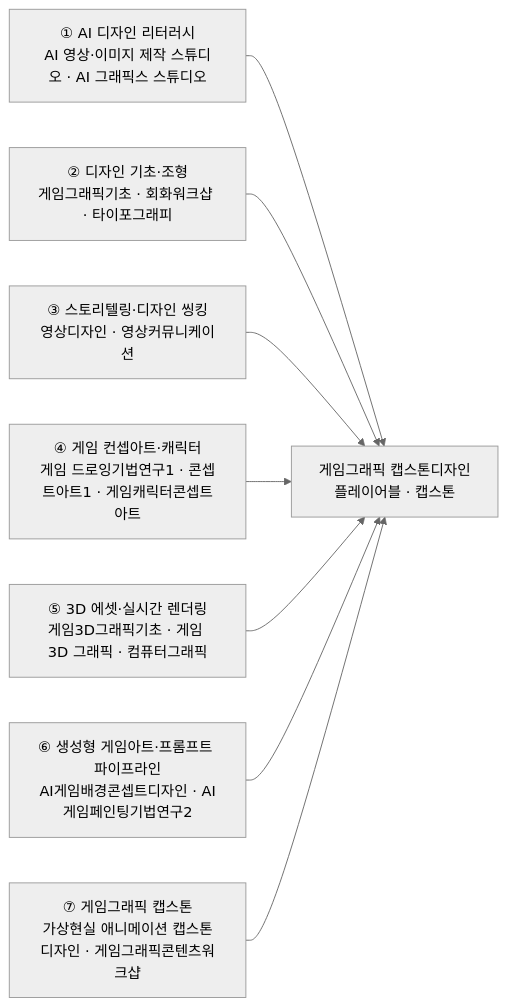
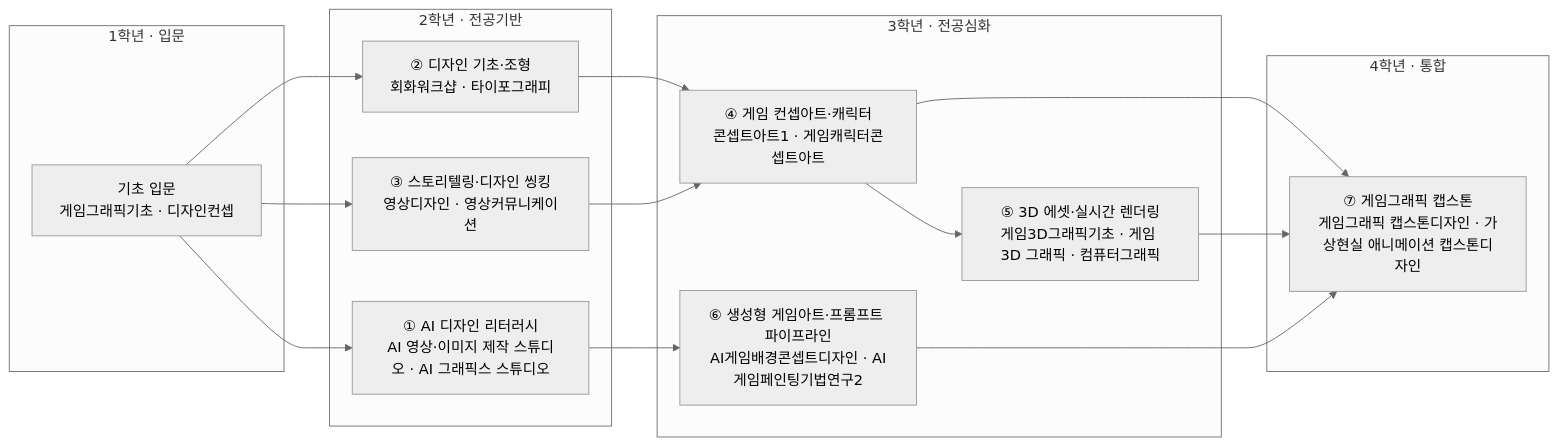
Before and after one commit to parclab-hsu/ai-curriculum-2026: the diagram in docs/design/game-graphic.md, drawn with Mermaid (neutral theme). The commit also changed other lines of this file and 22 other files, not shown here.

First line of the commit message:
모듈 다이어그램 강화 — 1~4학년 로드맵 + 모듈-역량 매핑 (23개 트랙)

````diff
--- a/docs/design/game-graphic.md
+++ b/docs/design/game-graphic.md
@@ -109,11 +109,29 @@
 ```mermaid
 flowchart LR
-  M1["① AI 디자인 리터러시<br/>AI 영상·이미지 제작 스튜디오 · AI 그래픽스 스튜디오"] --> CAP
-  M2["② 디자인 기초·조형<br/>게임그래픽기초 · 회화워크샵 · 타이포그래피"] --> CAP
-  M3["③ 스토리텔링·디자인 씽킹<br/>영상디자인 · 영상커뮤니케이션"] --> CAP
-  M4["④ 게임 컨셉아트·캐릭터<br/>게임 드로잉기법연구1 · 콘셉트아트1 · 게임캐릭터콘셉트아트"] --> CAP
-  M5["⑤ 3D 에셋·실시간 렌더링<br/>게임3D그래픽기초 · 게임 3D 그래픽 · 컴퓨터그래픽"] --> CAP
-  M6["⑥ 생성형 게임아트·프롬프트 파이프라인<br/>AI게임배경콘셉트디자인 · AI게임페인팅기법연구2"] --> CAP
-  M7["⑦ 게임그래픽 캡스톤<br/>가상현실 애니메이션 캡스톤디자인 · 게임그래픽콘텐츠워크샵"] --> CAP
-  CAP["게임그래픽 캡스톤디자인<br/>플레이어블 · 캡스톤"]
+  subgraph Y1["1학년 · 입문"]
+    A0["기초 입문<br/>게임그래픽기초 · 디자인컨셉"]
+  end
+  subgraph Y2["2학년 · 전공기반"]
+    M1["① AI 디자인 리터러시<br/>AI 영상·이미지 제작 스튜디오 · AI 그래픽스 스튜디오"]
+    M2["② 디자인 기초·조형<br/>회화워크샵 · 타이포그래피"]
+    M3["③ 스토리텔링·디자인 씽킹<br/>영상디자인 · 영상커뮤니케이션"]
+  end
+  subgraph Y3["3학년 · 전공심화"]
+    M4["④ 게임 컨셉아트·캐릭터<br/>콘셉트아트1 · 게임캐릭터콘셉트아트"]
+    M5["⑤ 3D 에셋·실시간 렌더링<br/>게임3D그래픽기초 · 게임 3D 그래픽 · 컴퓨터그래픽"]
+    M6["⑥ 생성형 게임아트·프롬프트 파이프라인<br/>AI게임배경콘셉트디자인 · AI게임페인팅기법연구2"]
+  end
+  subgraph Y4["4학년 · 통합"]
+    CAP["⑦ 게임그래픽 캡스톤<br/>게임그래픽 캡스톤디자인 · 가상현실 애니메이션 캡스톤디자인"]
+  end
+  A0 --> M1
+  A0 --> M2
+  A0 --> M3
+  M2 --> M4
+  M3 --> M4
+  M1 --> M6
+  M4 --> M5
+  M4 --> CAP
+  M5 --> CAP
+  M6 --> CAP
 ```
````
